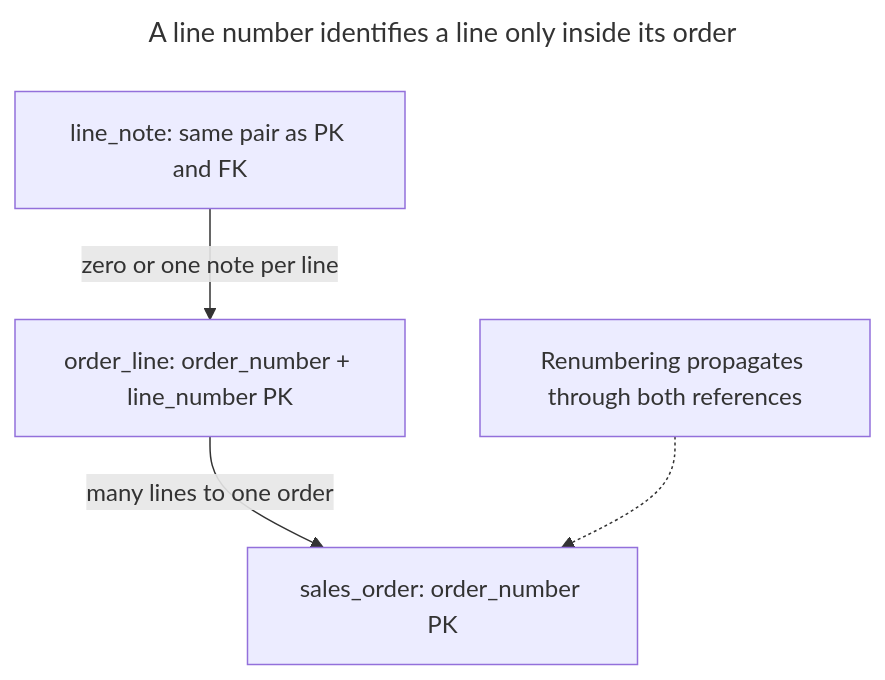
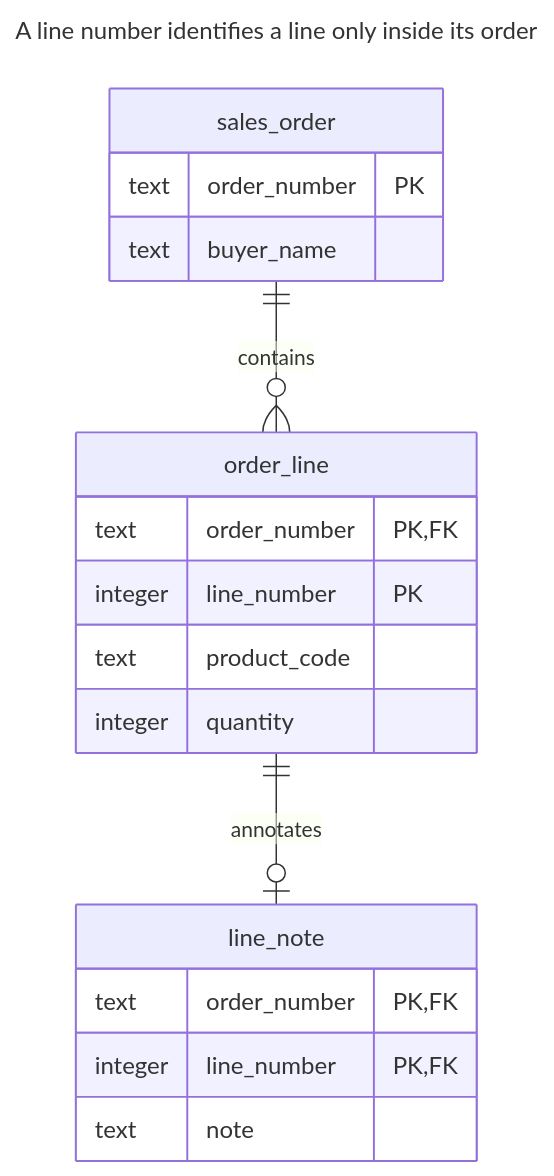
Before and after one commit to mokevnin/database-design-patterns: the second of 4 diagrams in book/en/natural-key.md, drawn with Mermaid. The commit also changed other lines of this file and 13 other files, not shown here.

First line of the commit message:
docs: add ER and other diagrams to the first fourteen chapters

````diff
--- a/book/en/natural-key.md
+++ b/book/en/natural-key.md
@@ -41,13 +68,25 @@
 ```mermaid
 ---
 title: A line number identifies a line only inside its order
 ---
-flowchart TB
-  order["sales_order: order_number PK"]:::accent
-  line["order_line: order_number + line_number PK"]:::accent
-  note["line_note: same pair as PK and FK"]:::muted
-  change["Renumbering propagates through both references"]:::warn
-  line -->|many lines to one order| order
-  note -->|zero or one note per line| line
-  change -.-> order
+erDiagram
+  sales_order ||--o{ order_line : contains
+  order_line ||--o| line_note : annotates
+  sales_order {
+    text order_number PK
+    text buyer_name
+  }
+  order_line {
+    text order_number PK, FK
+    integer line_number PK
+    text product_code
+    integer quantity
+  }
+  line_note {
+    text order_number PK, FK
+    integer line_number PK, FK
+    text note
+  }
+  class sales_order,order_line accent
+  class line_note muted
 ```
````
